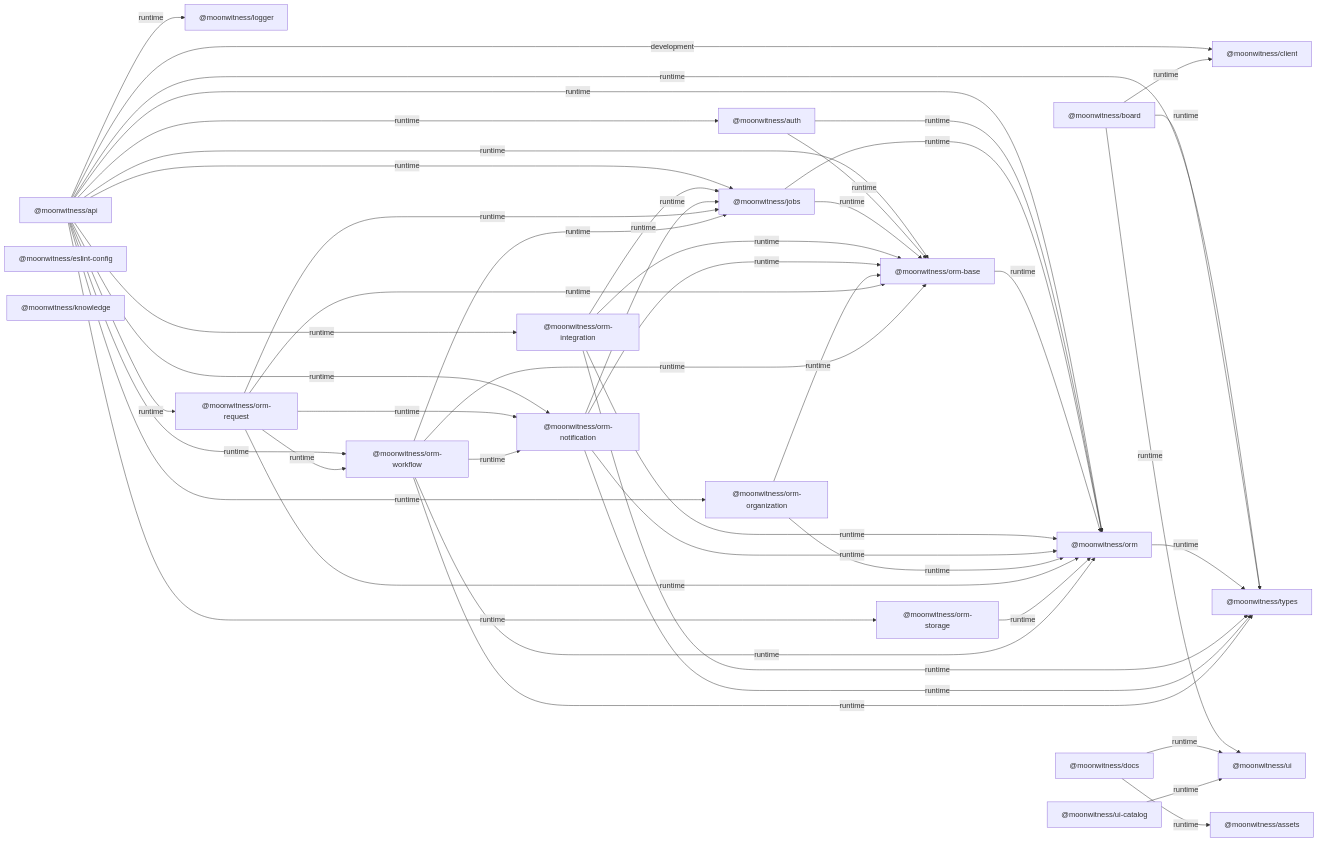
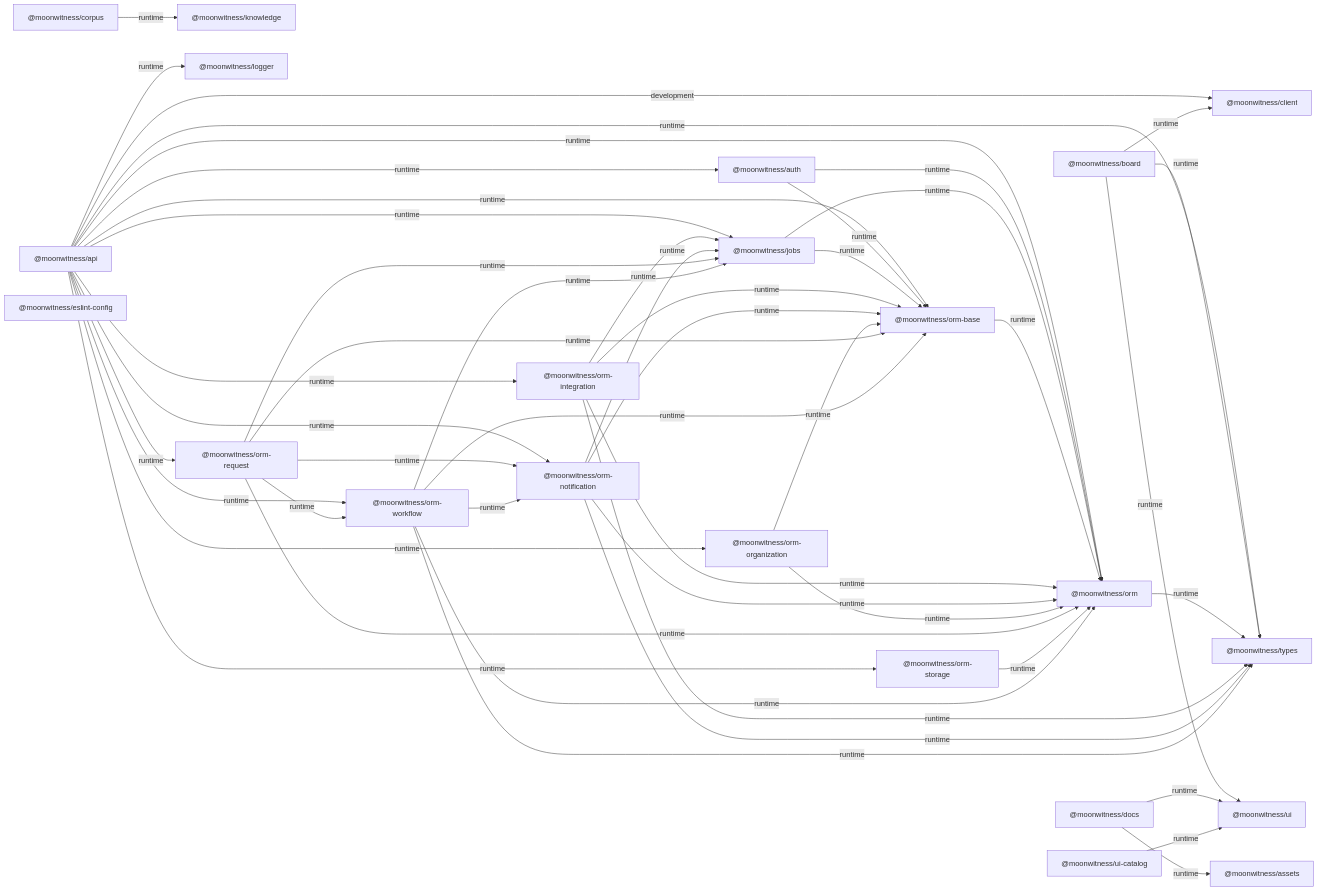
Before and after one commit to bjo163/moonwitness-xi: the diagram in docs/architecture/diagrams/workspace-dependencies.mmd, drawn with Mermaid. The commit also changed 27 other files, not shown here.

```diff
--- a/docs/architecture/diagrams/workspace-dependencies.mmd
+++ b/docs/architecture/diagrams/workspace-dependencies.mmd
@@ -1,68 +1,70 @@
 flowchart LR
   pkg0["@moonwitness/api"]
   pkg1["@moonwitness/assets"]
   pkg2["@moonwitness/auth"]
   pkg3["@moonwitness/board"]
   pkg4["@moonwitness/client"]
-  pkg5["@moonwitness/docs"]
-  pkg6["@moonwitness/eslint-config"]
-  pkg7["@moonwitness/jobs"]
-  pkg8["@moonwitness/knowledge"]
-  pkg9["@moonwitness/logger"]
-  pkg10["@moonwitness/orm"]
-  pkg11["@moonwitness/orm-base"]
-  pkg12["@moonwitness/orm-integration"]
-  pkg13["@moonwitness/orm-notification"]
-  pkg14["@moonwitness/orm-organization"]
-  pkg15["@moonwitness/orm-request"]
-  pkg16["@moonwitness/orm-storage"]
-  pkg17["@moonwitness/orm-workflow"]
-  pkg18["@moonwitness/types"]
-  pkg19["@moonwitness/ui"]
-  pkg20["@moonwitness/ui-catalog"]
+  pkg5["@moonwitness/corpus"]
+  pkg6["@moonwitness/docs"]
+  pkg7["@moonwitness/eslint-config"]
+  pkg8["@moonwitness/jobs"]
+  pkg9["@moonwitness/knowledge"]
+  pkg10["@moonwitness/logger"]
+  pkg11["@moonwitness/orm"]
+  pkg12["@moonwitness/orm-base"]
+  pkg13["@moonwitness/orm-integration"]
+  pkg14["@moonwitness/orm-notification"]
+  pkg15["@moonwitness/orm-organization"]
+  pkg16["@moonwitness/orm-request"]
+  pkg17["@moonwitness/orm-storage"]
+  pkg18["@moonwitness/orm-workflow"]
+  pkg19["@moonwitness/types"]
+  pkg20["@moonwitness/ui"]
+  pkg21["@moonwitness/ui-catalog"]
   pkg0 -->|development| pkg4
   pkg0 -->|runtime| pkg2
-  pkg0 -->|runtime| pkg7
-  pkg0 -->|runtime| pkg9
+  pkg0 -->|runtime| pkg8
   pkg0 -->|runtime| pkg10
   pkg0 -->|runtime| pkg11
   pkg0 -->|runtime| pkg12
   pkg0 -->|runtime| pkg13
   pkg0 -->|runtime| pkg14
   pkg0 -->|runtime| pkg15
   pkg0 -->|runtime| pkg16
   pkg0 -->|runtime| pkg17
   pkg0 -->|runtime| pkg18
-  pkg2 -->|runtime| pkg10
+  pkg0 -->|runtime| pkg19
   pkg2 -->|runtime| pkg11
+  pkg2 -->|runtime| pkg12
   pkg3 -->|runtime| pkg4
-  pkg3 -->|runtime| pkg18
   pkg3 -->|runtime| pkg19
-  pkg5 -->|runtime| pkg1
-  pkg5 -->|runtime| pkg19
-  pkg7 -->|runtime| pkg10
-  pkg7 -->|runtime| pkg11
-  pkg10 -->|runtime| pkg18
-  pkg11 -->|runtime| pkg10
-  pkg12 -->|runtime| pkg7
-  pkg12 -->|runtime| pkg10
+  pkg3 -->|runtime| pkg20
+  pkg5 -->|runtime| pkg9
+  pkg6 -->|runtime| pkg1
+  pkg6 -->|runtime| pkg20
+  pkg8 -->|runtime| pkg11
+  pkg8 -->|runtime| pkg12
+  pkg11 -->|runtime| pkg19
   pkg12 -->|runtime| pkg11
-  pkg12 -->|runtime| pkg18
-  pkg13 -->|runtime| pkg7
-  pkg13 -->|runtime| pkg10
+  pkg13 -->|runtime| pkg8
   pkg13 -->|runtime| pkg11
-  pkg13 -->|runtime| pkg18
-  pkg14 -->|runtime| pkg10
+  pkg13 -->|runtime| pkg12
+  pkg13 -->|runtime| pkg19
+  pkg14 -->|runtime| pkg8
   pkg14 -->|runtime| pkg11
-  pkg15 -->|runtime| pkg7
-  pkg15 -->|runtime| pkg10
+  pkg14 -->|runtime| pkg12
+  pkg14 -->|runtime| pkg19
   pkg15 -->|runtime| pkg11
-  pkg15 -->|runtime| pkg13
-  pkg15 -->|runtime| pkg17
-  pkg16 -->|runtime| pkg10
-  pkg17 -->|runtime| pkg7
-  pkg17 -->|runtime| pkg10
+  pkg15 -->|runtime| pkg12
+  pkg16 -->|runtime| pkg8
+  pkg16 -->|runtime| pkg11
+  pkg16 -->|runtime| pkg12
+  pkg16 -->|runtime| pkg14
+  pkg16 -->|runtime| pkg18
   pkg17 -->|runtime| pkg11
-  pkg17 -->|runtime| pkg13
-  pkg17 -->|runtime| pkg18
-  pkg20 -->|runtime| pkg19
+  pkg18 -->|runtime| pkg8
+  pkg18 -->|runtime| pkg11
+  pkg18 -->|runtime| pkg12
+  pkg18 -->|runtime| pkg14
+  pkg18 -->|runtime| pkg19
+  pkg21 -->|runtime| pkg20
```
